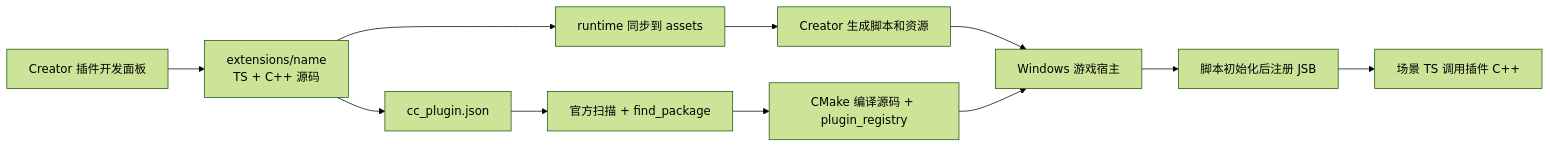
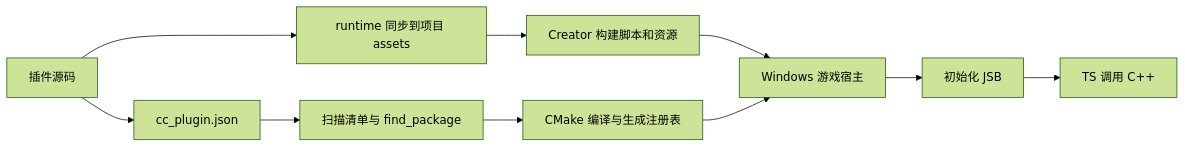
One commit to VanityNie/cocos-plugin-dev changed the diagram in ARCHITECTURE.md. Above: the diagram before and after it, drawn with Mermaid (forest theme). The commit also changed other lines of this file and 7 other files, not shown here.

````diff
--- a/ARCHITECTURE.md
+++ b/ARCHITECTURE.md
@@ -17,13 +7,12 @@
 ```mermaid
 flowchart LR
-    A[Creator 插件开发面板] --> B[extensions/name\nTS + C++ 源码]
-    B --> C[runtime 同步到 assets]
-    C --> D[Creator 生成脚本和资源]
-    B --> E[cc_plugin.json]
-    E --> F[官方扫描 + find_package]
-    F --> G[CMake 编译源码 + plugin_registry]
-    D --> H[Windows 游戏宿主]
-    G --> H
-    H --> I[脚本初始化后注册 JSB]
-    I --> J[场景 TS 调用插件 C++]
+    A[插件源码] --> B[runtime 同步到项目 assets]
+    B --> C[Creator 构建脚本和资源]
+    A --> D[cc_plugin.json]
+    D --> E[扫描清单与 find_package]
+    E --> F[CMake 编译与生成注册表]
+    C --> G[Windows 游戏宿主]
+    F --> G
+    G --> H[初始化 JSB]
+    H --> I[TS 调用 C++]
 ```
````
